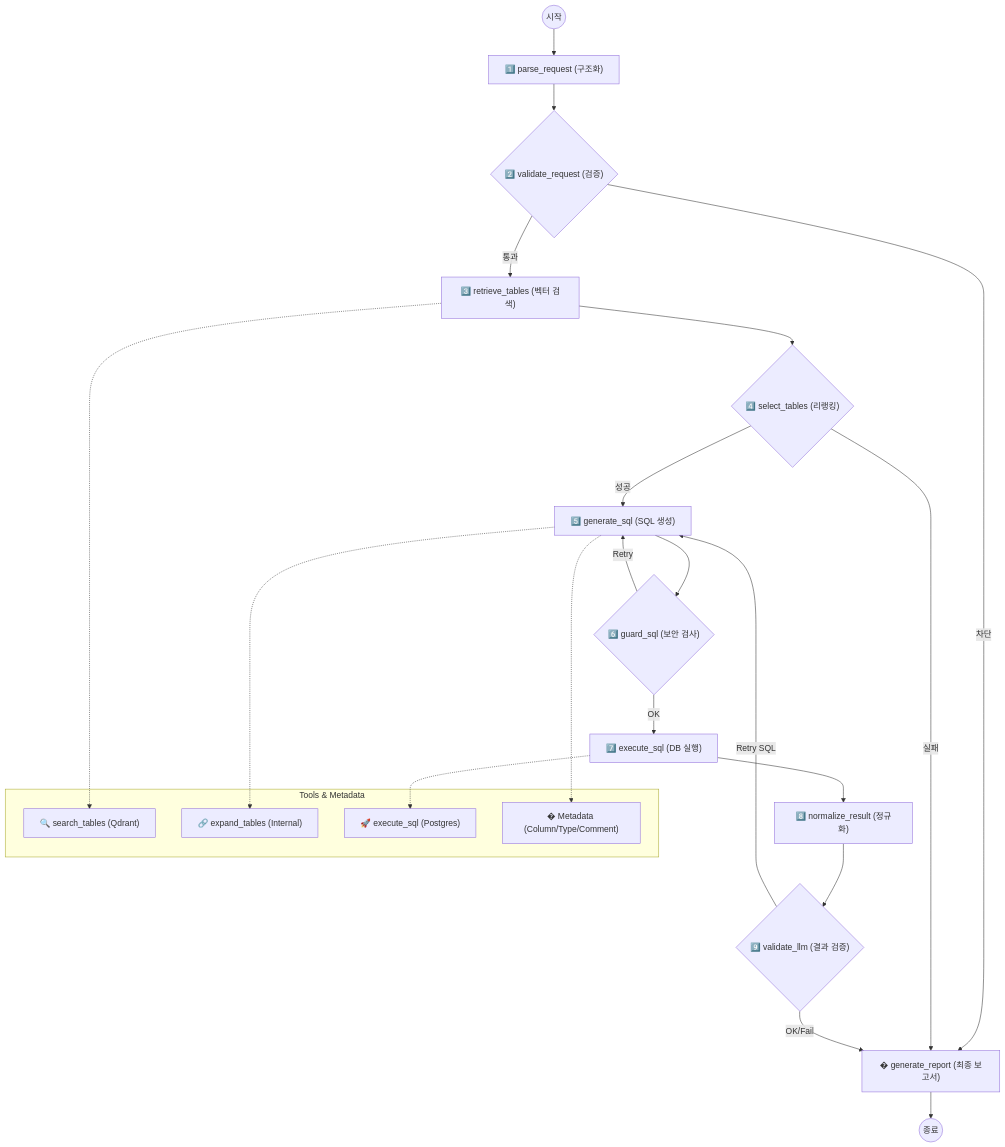
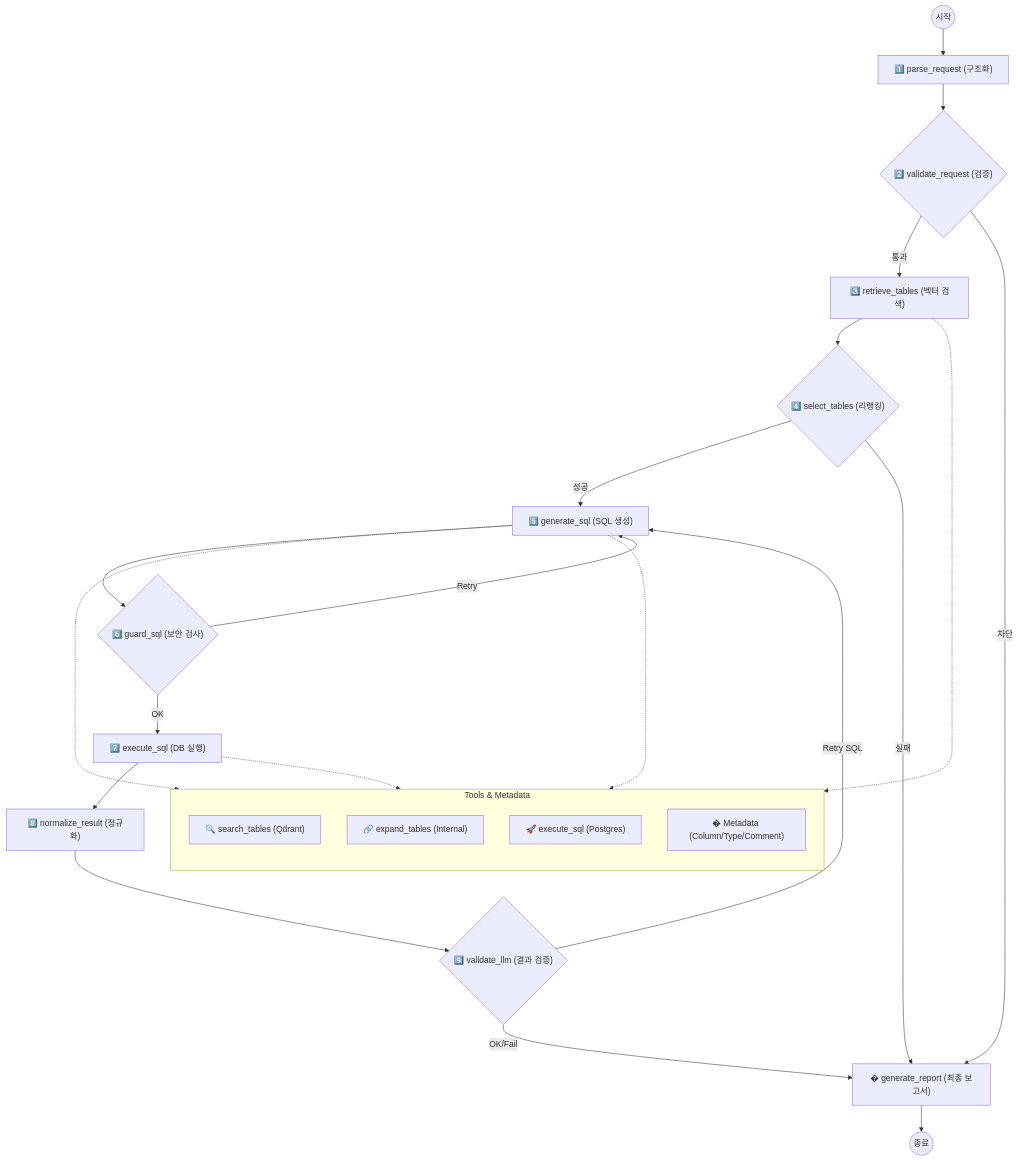
Before and after one commit to sonsukwoo/server-agent: the diagram in README.md, drawn with Mermaid.

Commit message:
feat: readme 그래프 도구 레이아웃 세로 정렬 및 기호 수정

````diff
--- a/README.md
+++ b/README.md
@@ -76,46 +76,47 @@
 ```mermaid
 graph TD
     %% Entry
     Start((시작)) --> parse_request["1️⃣ parse_request (구조화)"]
     
     %% Input Layer
     parse_request --> validate_request{"2️⃣ validate_request (검증)"}
     
     %% Retrieval Layer
     validate_request -- "통과" --> retrieve_tables["3️⃣ retrieve_tables (벡터 검색)"]
     validate_request -- "차단" --> generate_report
     
     retrieve_tables --> select_tables{"4️⃣ select_tables (리랭킹)"}
     
     %% Generation & Guard Layer
     select_tables -- "성공" --> generate_sql["5️⃣ generate_sql (SQL 생성)"]
     select_tables -- "실패" --> generate_report
     
     generate_sql --> guard_sql{"6️⃣ guard_sql (보안 검사)"}
     guard_sql -- "Retry" --> generate_sql
     guard_sql -- "OK" --> execute_sql["7️⃣ execute_sql (DB 실행)"]
     
     %% Execution & Validation Layer
     execute_sql --> normalize_result["8️⃣ normalize_result (정규화)"]
     normalize_result --> validate_llm{"9️⃣ validate_llm (결과 검증)"}
     
     %% Cyclic Correction
     validate_llm -- "Retry SQL" --> generate_sql
     validate_llm -- "OK/Fail" --> generate_report["� generate_report (최종 보고서)"]
     
     %% End
     generate_report --> End((종료))
 
     %% Tool Call Highlight
     subgraph "Tools & Metadata"
+        direction TB
         T1["🔍 search_tables (Qdrant)"]
         T2["🔗 expand_tables (Internal)"]
         T3["🚀 execute_sql (Postgres)"]
         M1["� Metadata (Column/Type/Comment)"]
     end
     
     retrieve_tables -.-> T1
     generate_sql -.-> T2
     execute_sql -.-> T3
     generate_sql -.-> M1
 ```
````
